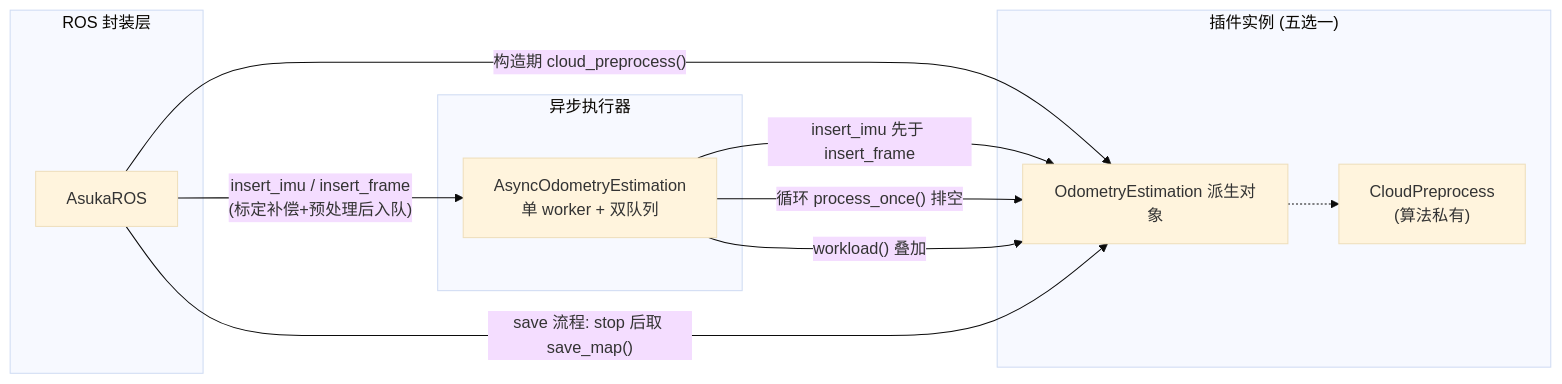
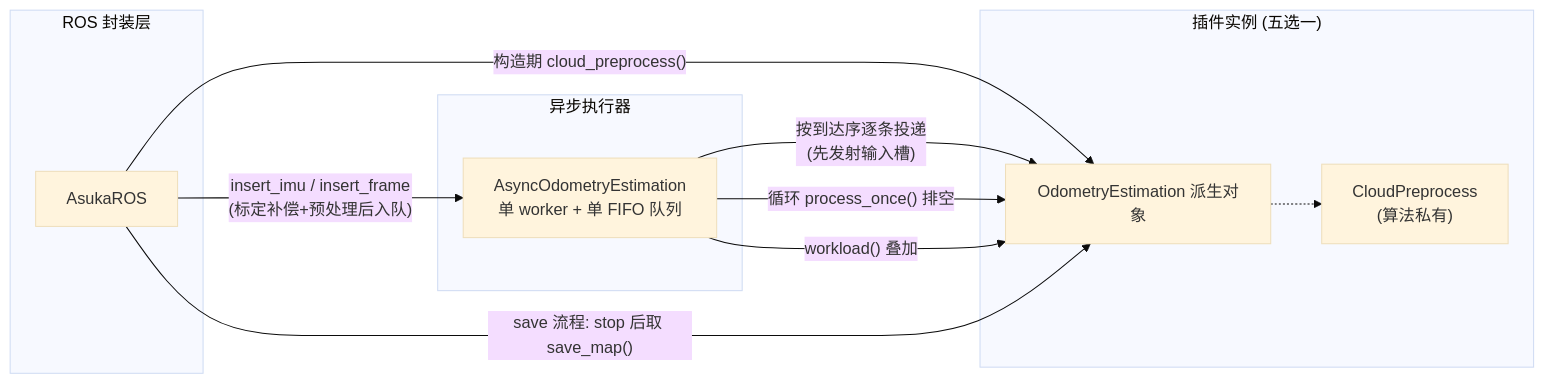
Before and after one commit to AphroraC/asuka: the second of 2 diagrams in docs/wiki/core/01.md, drawn with Mermaid (base theme). The commit also changed other lines of this file and 30 other files, not shown here.

````diff
--- a/docs/wiki/core/01.md
+++ b/docs/wiki/core/01.md
@@ -117,20 +115,20 @@
 ```mermaid
 flowchart LR
     subgraph ROS["ROS 封装层"]
         AR["AsukaROS"]
     end
     subgraph ASYNC["异步执行器"]
-        AS["AsyncOdometryEstimation<br/>单 worker + 双队列"]
+        AS["AsyncOdometryEstimation<br/>单 worker + 单 FIFO 队列"]
     end
     subgraph PLUGIN["插件实例 (五选一)"]
         OD["OdometryEstimation 派生对象"]
         CP["CloudPreprocess<br/>(算法私有)"]
     end
     AR -- "构造期 cloud_preprocess()" --> OD
     OD -.-> CP
     AR -- "insert_imu / insert_frame<br/>(标定补偿+预处理后入队)" --> AS
-    AS -- "insert_imu 先于 insert_frame" --> OD
+    AS -- "按到达序逐条投递<br/>(先发射输入槽)" --> OD
     AS -- "循环 process_once() 排空" --> OD
     AS -- "workload() 叠加" --> OD
     AR -- "save 流程: stop 后取 save_map()" --> OD
 ```
````
